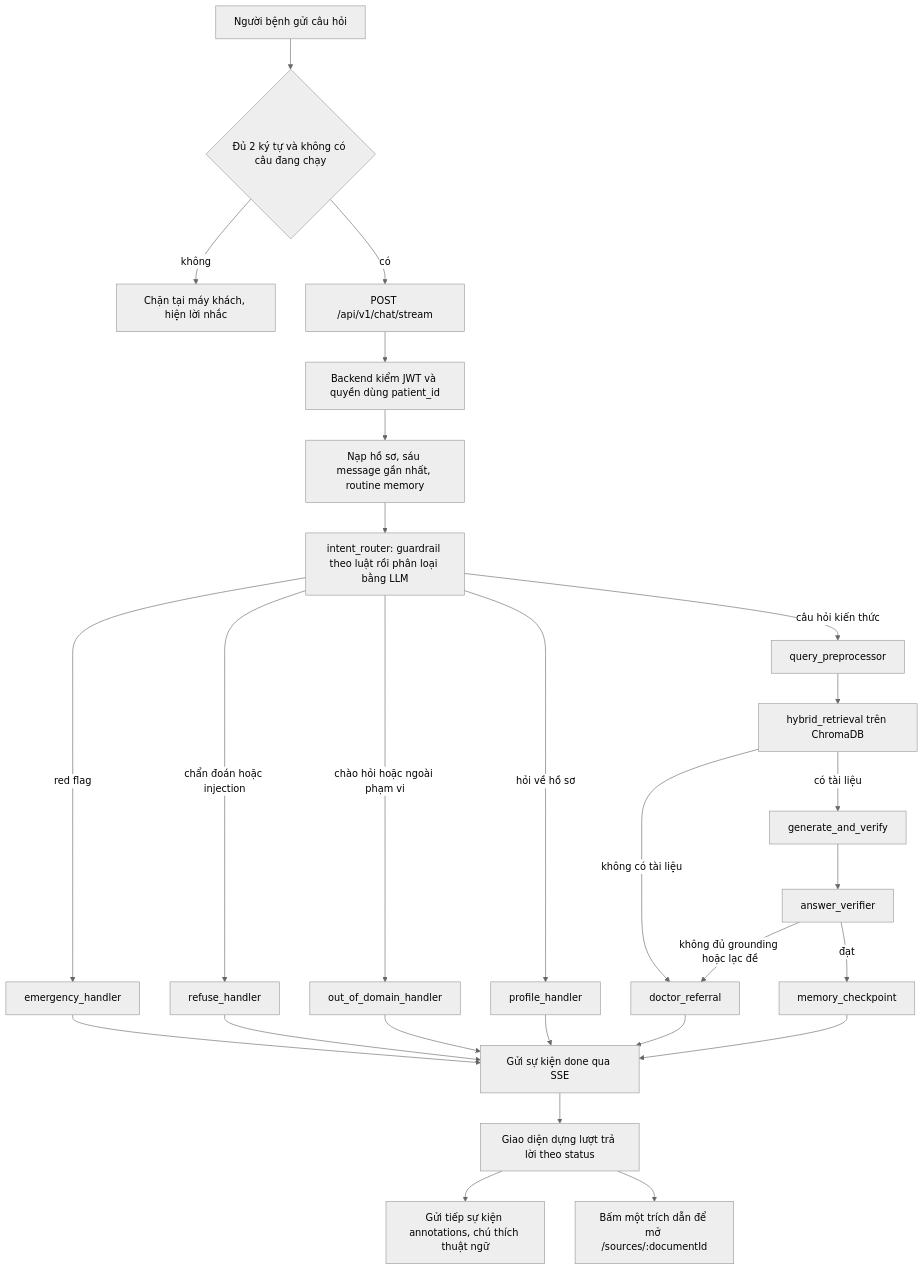
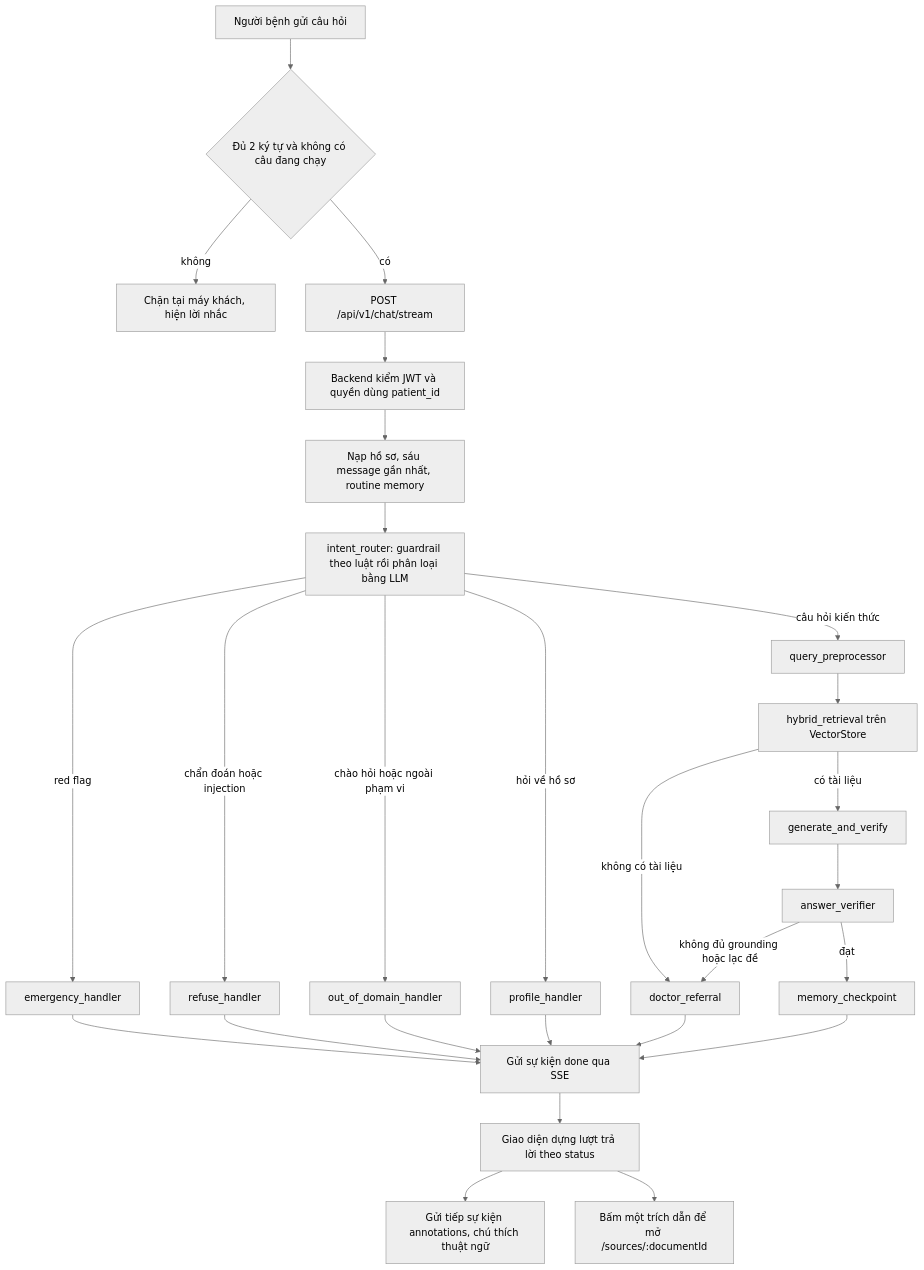
Before and after one commit to hoangminh37/p-128-deploy: the third of 5 diagrams in docs/functional-spec.md, drawn with Mermaid (neutral theme). The commit also changed other lines of this file and 7 other files, not shown here.

Commit message:
docs: week-log and architechture-diagram

````diff
--- a/docs/functional-spec.md
+++ b/docs/functional-spec.md
@@ -850,29 +907,29 @@
 ```mermaid
 flowchart TD
     A["Người bệnh gửi câu hỏi"] --> B{"Đủ 2 ký tự và không có câu đang chạy"}
     B -->|"không"| C["Chặn tại máy khách, hiện lời nhắc"]
     B -->|"có"| D["POST /api/v1/chat/stream"]
     D --> E["Backend kiểm JWT và quyền dùng patient_id"]
     E --> F["Nạp hồ sơ, sáu message gần nhất, routine memory"]
     F --> G["intent_router: guardrail theo luật rồi phân loại bằng LLM"]
     G -->|"red flag"| H["emergency_handler"]
     G -->|"chẩn đoán hoặc injection"| I["refuse_handler"]
     G -->|"chào hỏi hoặc ngoài phạm vi"| J["out_of_domain_handler"]
     G -->|"hỏi về hồ sơ"| K["profile_handler"]
     G -->|"câu hỏi kiến thức"| L["query_preprocessor"]
-    L --> M["hybrid_retrieval trên ChromaDB"]
+    L --> M["hybrid_retrieval trên VectorStore"]
     M -->|"không có tài liệu"| N["doctor_referral"]
     M -->|"có tài liệu"| O["generate_and_verify"]
     O --> P["answer_verifier"]
     P -->|"không đủ grounding hoặc lạc đề"| N
     P -->|"đạt"| Q["memory_checkpoint"]
     H --> R["Gửi sự kiện done qua SSE"]
     I --> R
     J --> R
     K --> R
     N --> R
     Q --> R
     R --> S["Giao diện dựng lượt trả lời theo status"]
     S --> T["Gửi tiếp sự kiện annotations, chú thích thuật ngữ"]
     S --> U["Bấm một trích dẫn để mở /sources/:documentId"]
 ```
````
